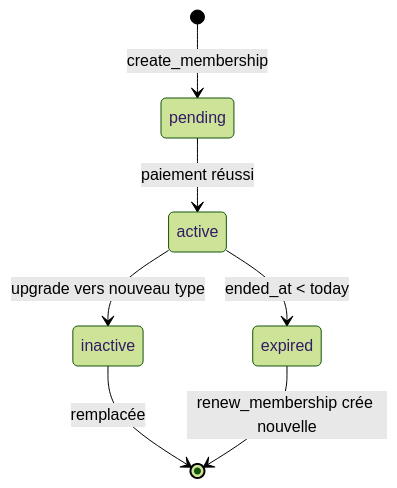
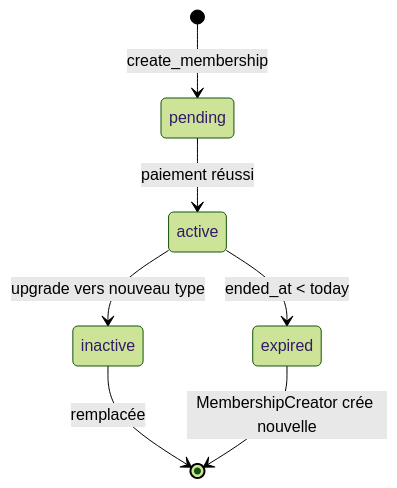
One commit to LeCircographe-asso/core changed the second of 5 diagrams in docs/domain_model.md. Above: the diagram before and after it, drawn with Mermaid (forest theme). The commit also changed other lines of this file and 5 other files, not shown here.

First line of the commit message:
Remove dead Person#renew_membership! and its private helpers

````diff
--- a/docs/domain_model.md
+++ b/docs/domain_model.md
@@ -165,9 +165,9 @@
 ```mermaid
 stateDiagram-v2
   [*] --> pending : create_membership
   pending --> active : paiement réussi
   active --> inactive : upgrade vers nouveau type
   inactive --> [*] : remplacée
   active --> expired : ended_at < today
-  expired --> [*] : renew_membership crée nouvelle
+  expired --> [*] : MembershipCreator crée nouvelle
 ```
````
